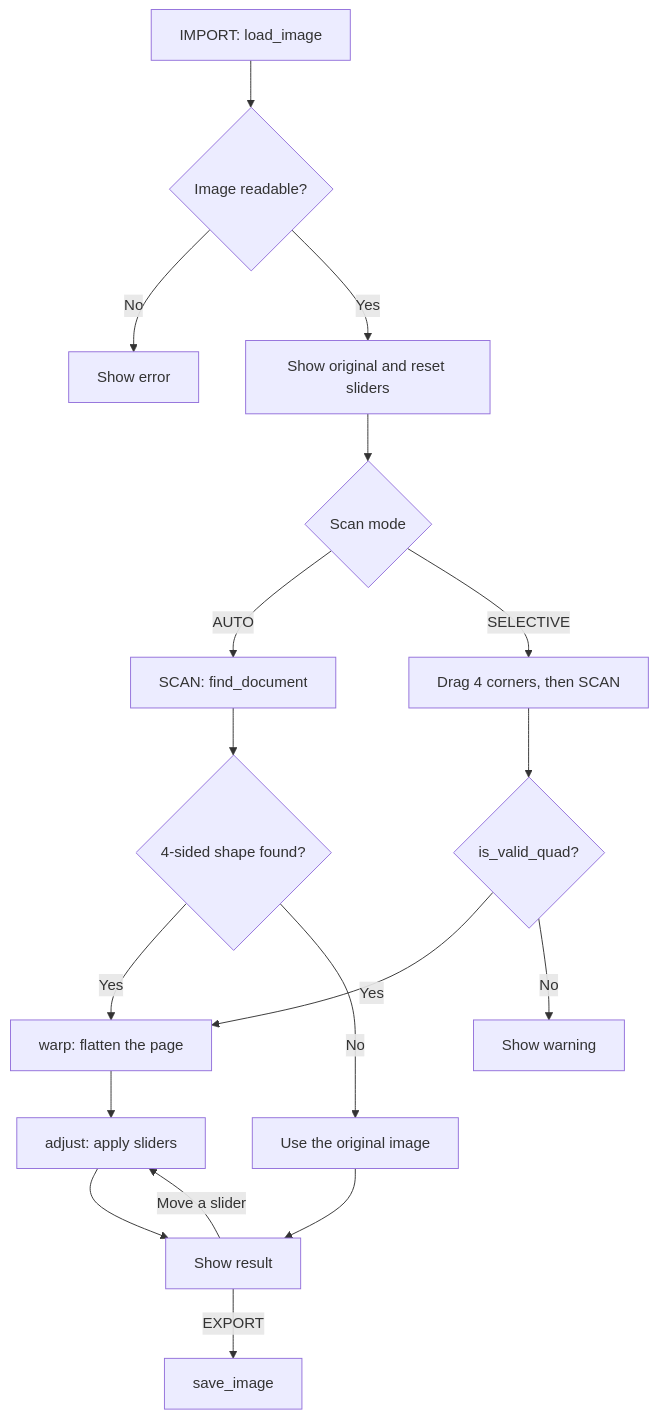
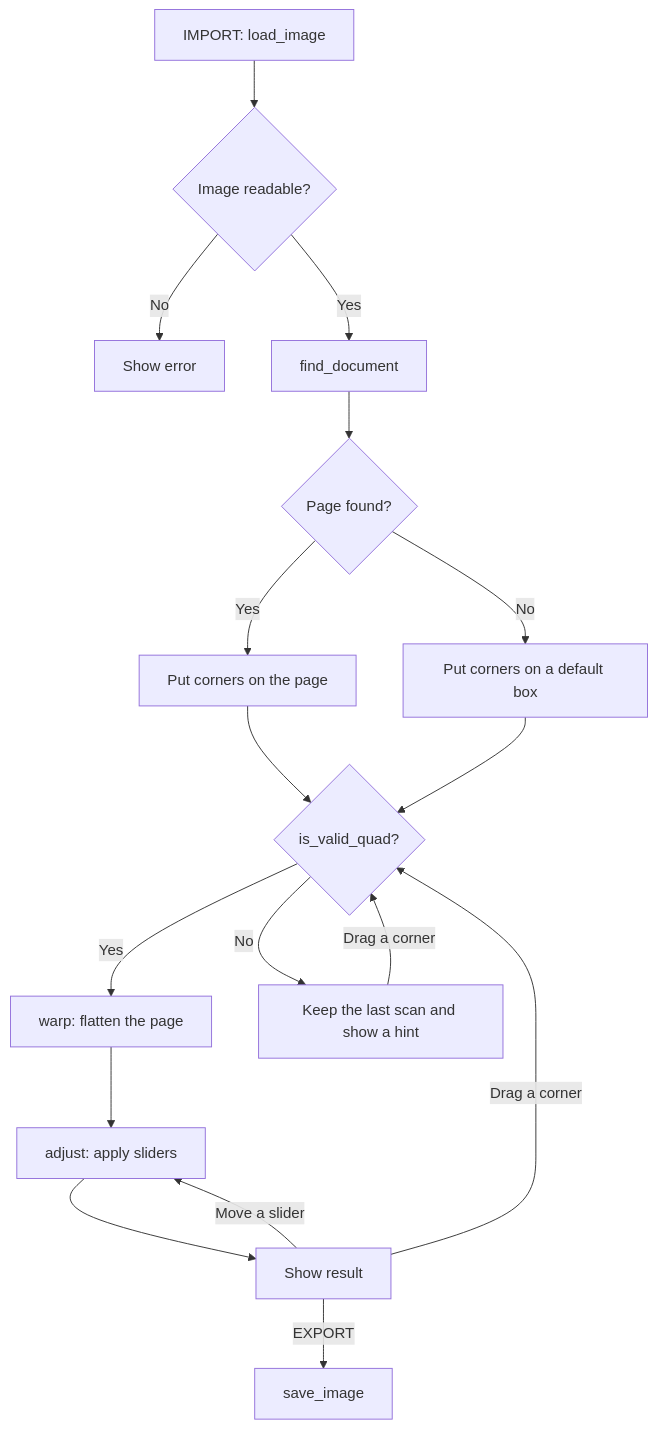
Before and after one commit to worapon-st/document-scanner: the diagram in readme.md, drawn with Mermaid. The commit also changed other lines of this file and 3 other files, not shown here.

First line of the commit message:
Replace scan modes with one import, drag and scan flow

````diff
--- a/readme.md
+++ b/readme.md
@@ -43,23 +40,22 @@
 ```mermaid
 flowchart TD
     import["IMPORT: load_image"] --> readable{"Image readable?"}
     readable -- No --> error["Show error"]
-    readable -- Yes --> show["Show original and reset sliders"]
-    show --> mode{"Scan mode"}
+    readable -- Yes --> detect["find_document"]
 
-    mode -- AUTO --> detect["SCAN: find_document"]
-    detect --> found{"4-sided shape found?"}
-    found -- Yes --> warp["warp: flatten the page"]
-    found -- No --> fallback["Use the original image"]
+    detect --> found{"Page found?"}
+    found -- Yes --> onpage["Put corners on the page"]
+    found -- No --> box["Put corners on a default box"]
 
-    mode -- SELECTIVE --> corners["Drag 4 corners, then SCAN"]
-    corners --> valid{"is_valid_quad?"}
-    valid -- Yes --> warp
-    valid -- No --> warning["Show warning"]
+    onpage --> valid{"is_valid_quad?"}
+    box --> valid
+    valid -- Yes --> warp["warp: flatten the page"]
+    valid -- No --> keep["Keep the last scan and show a hint"]
 
     warp --> adjust["adjust: apply sliders"]
     adjust --> result["Show result"]
-    fallback --> result
     result -- Move a slider --> adjust
+    result -- Drag a corner --> valid
+    keep -- Drag a corner --> valid
     result -- EXPORT --> save["save_image"]
 ```
````
